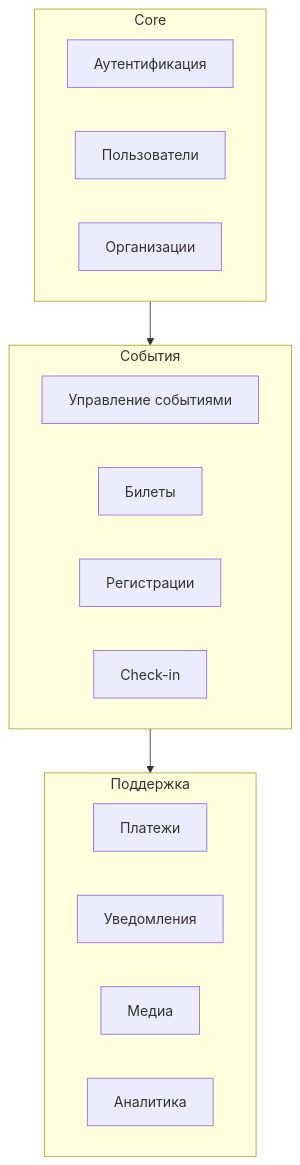
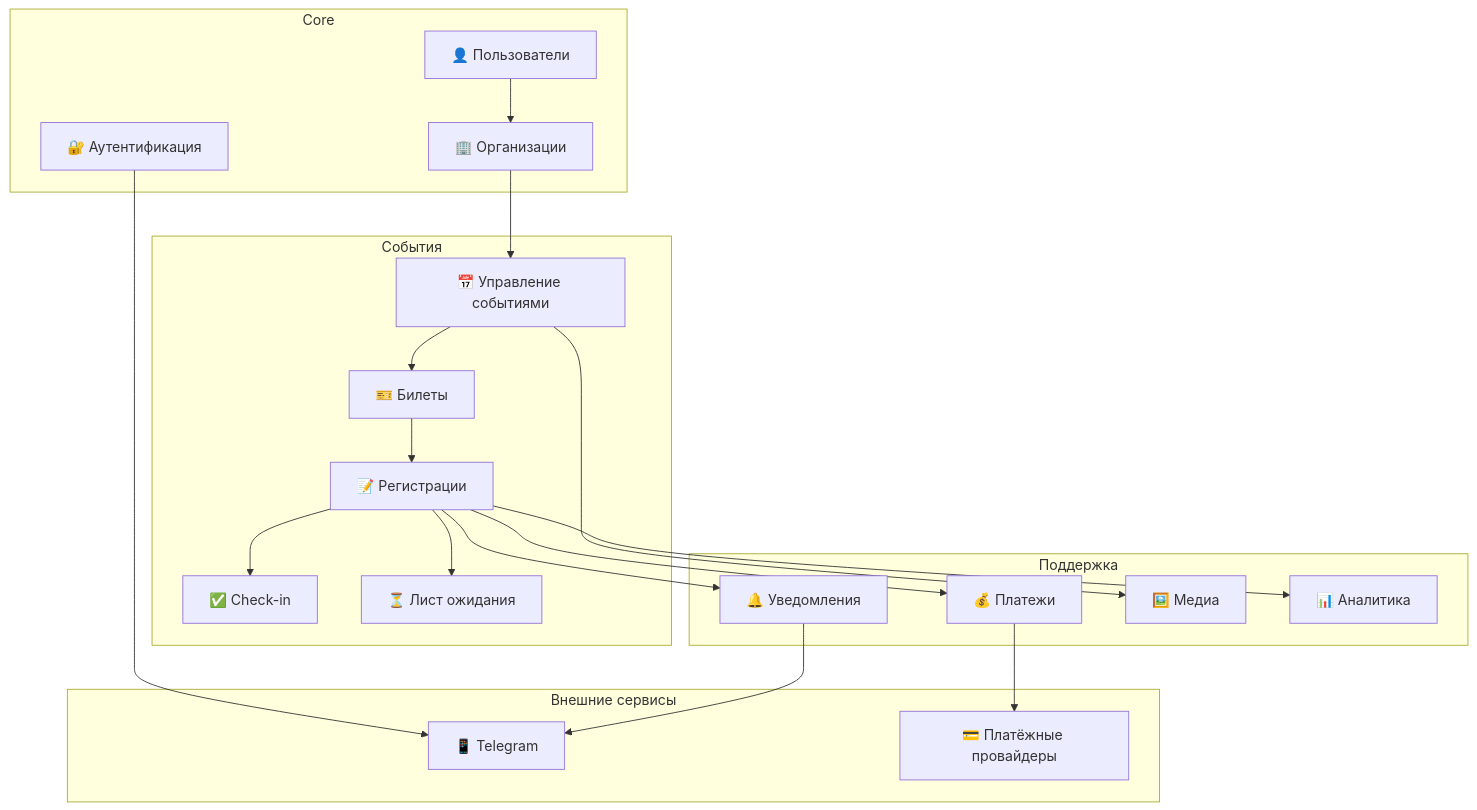
One commit to egorov-ma/aqstream changed the first of 3 diagrams in docs/business/functional-requirements.md. Above: the diagram before and after it, drawn with Mermaid. The commit also changed other lines of this file and 47 other files, not shown here.

````diff
--- a/docs/business/functional-requirements.md
+++ b/docs/business/functional-requirements.md
@@ -7,25 +7,42 @@
 ```mermaid
 flowchart TB
+    subgraph External["Внешние сервисы"]
+        TG["📱 Telegram"]
+        PAY["💳 Платёжные провайдеры"]
+    end
+
     subgraph Core["Core"]
-        Auth["Аутентификация"]
-        Users["Пользователи"]
-        Orgs["Организации"]
+        Auth["🔐 Аутентификация"]
+        Users["👤 Пользователи"]
+        Orgs["🏢 Организации"]
     end
-    
+
     subgraph Events["События"]
-        EventMgmt["Управление событиями"]
-        Tickets["Билеты"]
-        Reg["Регистрации"]
-        CheckIn["Check-in"]
+        EventMgmt["📅 Управление событиями"]
+        Tickets["🎫 Билеты"]
+        Reg["📝 Регистрации"]
+        CheckIn["✅ Check-in"]
+        Waitlist["⏳ Лист ожидания"]
     end
-    
+
     subgraph Support["Поддержка"]
-        Payments["Платежи"]
-        Notif["Уведомления"]
-        Media["Медиа"]
-        Analytics["Аналитика"]
+        Payments["💰 Платежи"]
+        Notif["🔔 Уведомления"]
+        Media["🖼️ Медиа"]
+        Analytics["📊 Аналитика"]
     end
-    
-    Core --> Events
-    Events --> Support
+
+    Auth --> TG
+    Users --> Orgs
+    Orgs --> EventMgmt
+    EventMgmt --> Tickets
+    Tickets --> Reg
+    Reg --> Waitlist
+    Reg --> CheckIn
+    Reg --> Payments
+    Payments --> PAY
+    Reg --> Notif
+    Notif --> TG
+    EventMgmt --> Media
+    Reg --> Analytics
 ```
````
